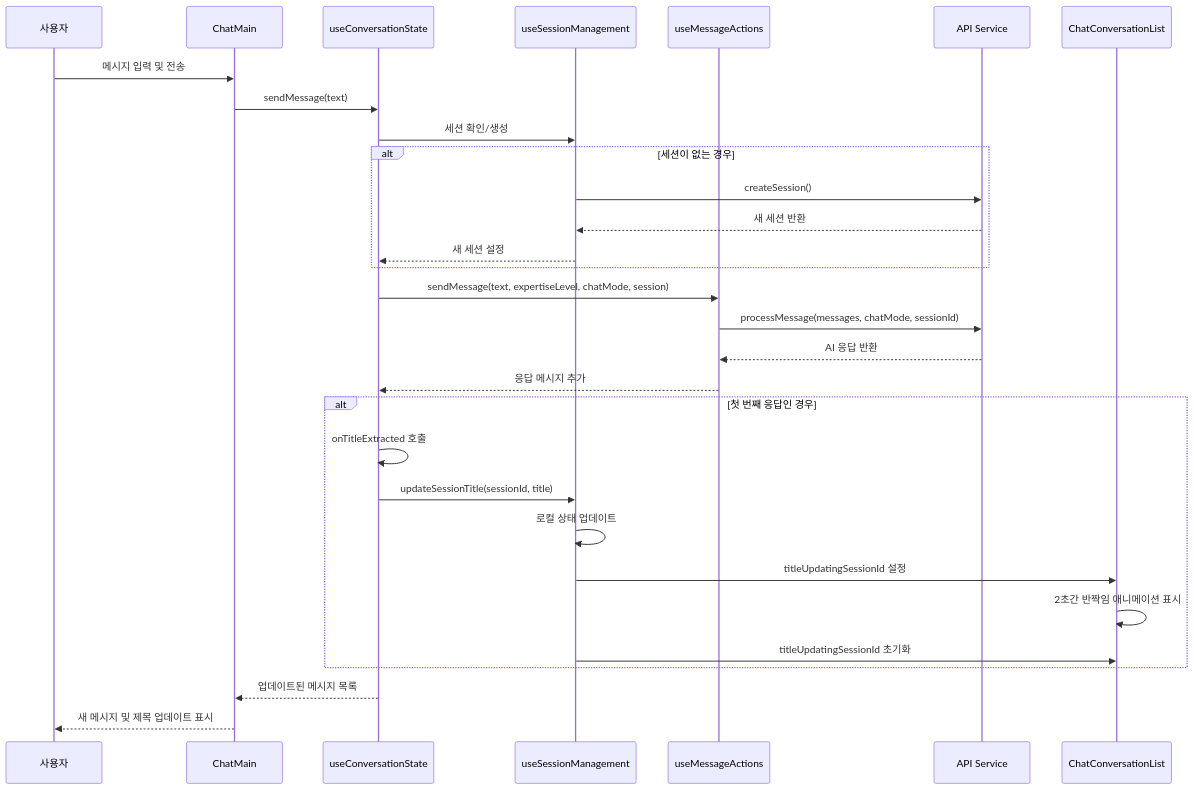
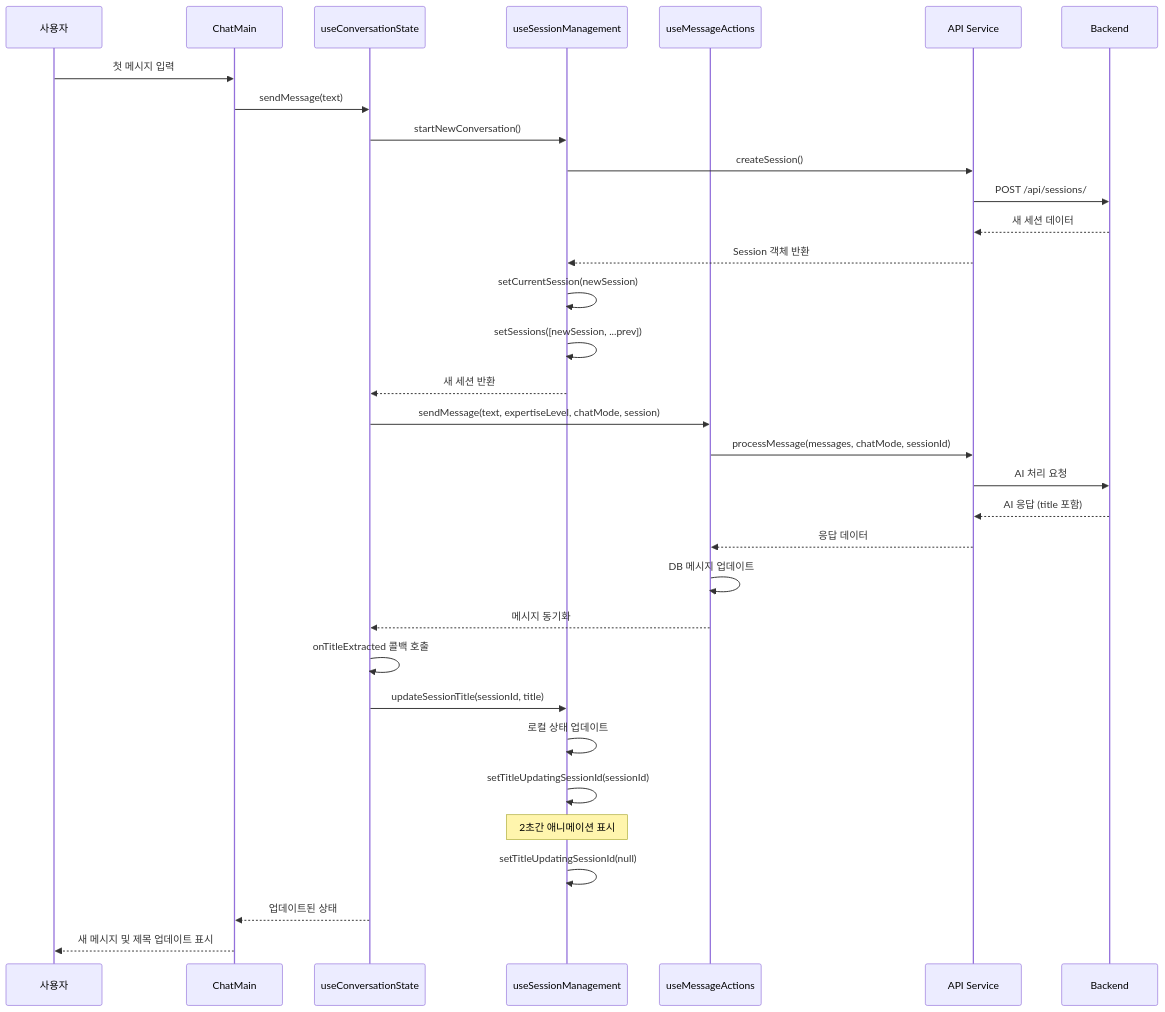
Before and after one commit to p0pular131/askspec-chat-assistant: the seventh of 14 diagrams in docs/design-specification.md, drawn with Mermaid. The commit also changed other lines of this file and 2 other files, not shown here.

First line of the commit message:
Refactor: Enhance design specification with UML diagrams and data types

````diff
--- a/docs/design-specification.md
+++ b/docs/design-specification.md
@@ -235,37 +334,40 @@
 ```mermaid
 sequenceDiagram
     participant User as 사용자
     participant UI as ChatMain
     participant State as useConversationState
     participant Session as useSessionManagement
     participant Message as useMessageActions
     participant API as API Service
-    participant List as ChatConversationList
+    participant Backend as Backend
 
-    User->>UI: 메시지 입력 및 전송
+    User->>UI: 첫 메시지 입력
     UI->>State: sendMessage(text)
-    State->>Session: 세션 확인/생성
-    
-    alt 세션이 없는 경우
-        Session->>API: createSession()
-        API-->>Session: 새 세션 반환
-        Session-->>State: 새 세션 설정
-    end
+    State->>Session: startNewConversation()
+    Session->>API: createSession()
+    API->>Backend: POST /api/sessions/
+    Backend-->>API: 새 세션 데이터
+    API-->>Session: Session 객체 반환
+    Session->>Session: setCurrentSession(newSession)
+    Session->>Session: setSessions([newSession, ...prev])
+    Session-->>State: 새 세션 반환
     
     State->>Message: sendMessage(text, expertiseLevel, chatMode, session)
     Message->>API: processMessage(messages, chatMode, sessionId)
-    API-->>Message: AI 응답 반환
-    Message-->>State: 응답 메시지 추가
+    API->>Backend: AI 처리 요청
+    Backend-->>API: AI 응답 (title 포함)
+    API-->>Message: 응답 데이터
+    Message->>Message: DB 메시지 업데이트
+    Message-->>State: 메시지 동기화
     
-    alt 첫 번째 응답인 경우
-        State->>State: onTitleExtracted 호출
-        State->>Session: updateSessionTitle(sessionId, title)
-        Session->>Session: 로컬 상태 업데이트
-        Session->>List: titleUpdatingSessionId 설정
-        List->>List: 2초간 반짝임 애니메이션 표시
-        Session->>List: titleUpdatingSessionId 초기화
-    end
+    State->>State: onTitleExtracted 콜백 호출
+    State->>Session: updateSessionTitle(sessionId, title)
+    Session->>Session: 로컬 상태 업데이트
+    Session->>Session: setTitleUpdatingSessionId(sessionId)
     
-    State-->>UI: 업데이트된 메시지 목록
+    Note over Session: 2초간 애니메이션 표시
+    Session->>Session: setTitleUpdatingSessionId(null)
+    
+    State-->>UI: 업데이트된 상태
     UI-->>User: 새 메시지 및 제목 업데이트 표시
 ```
````
